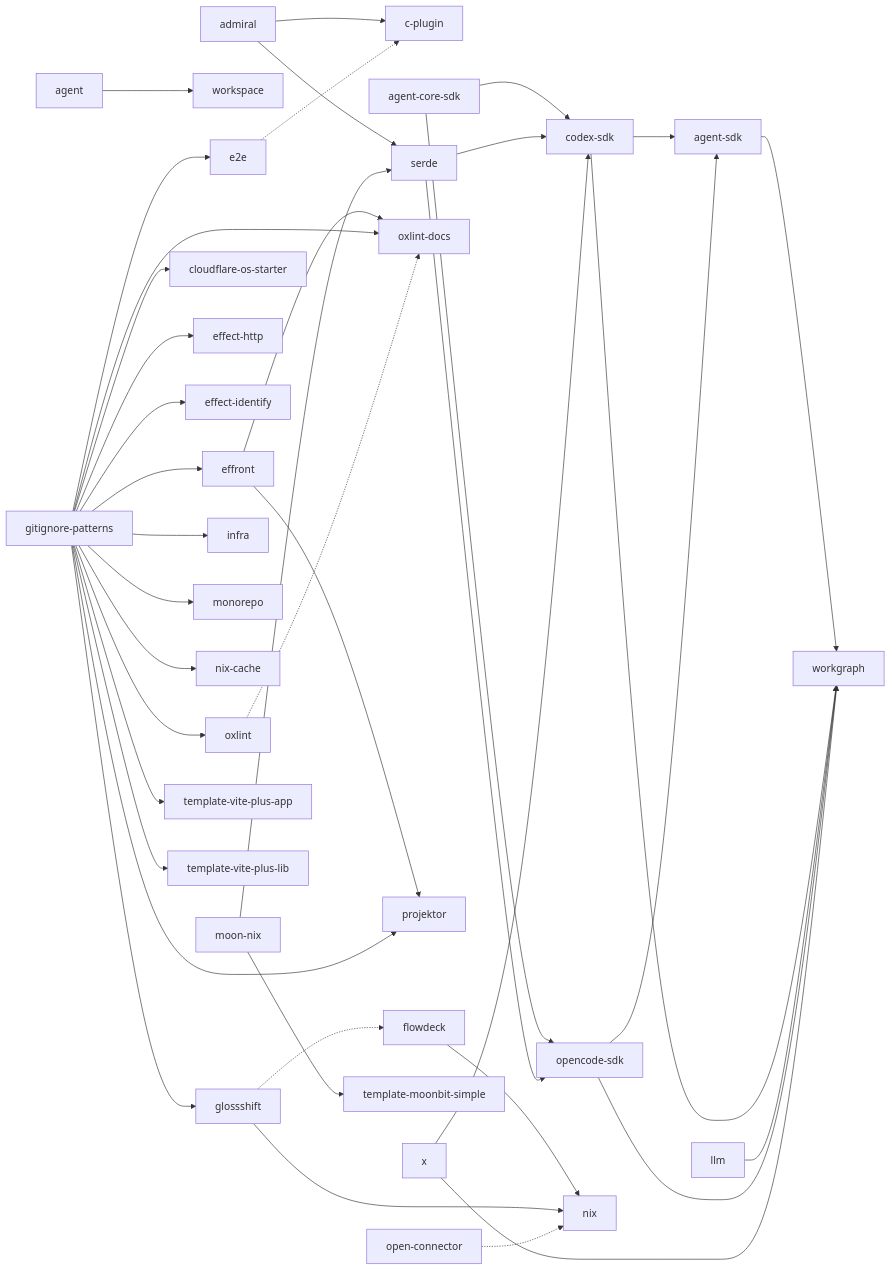
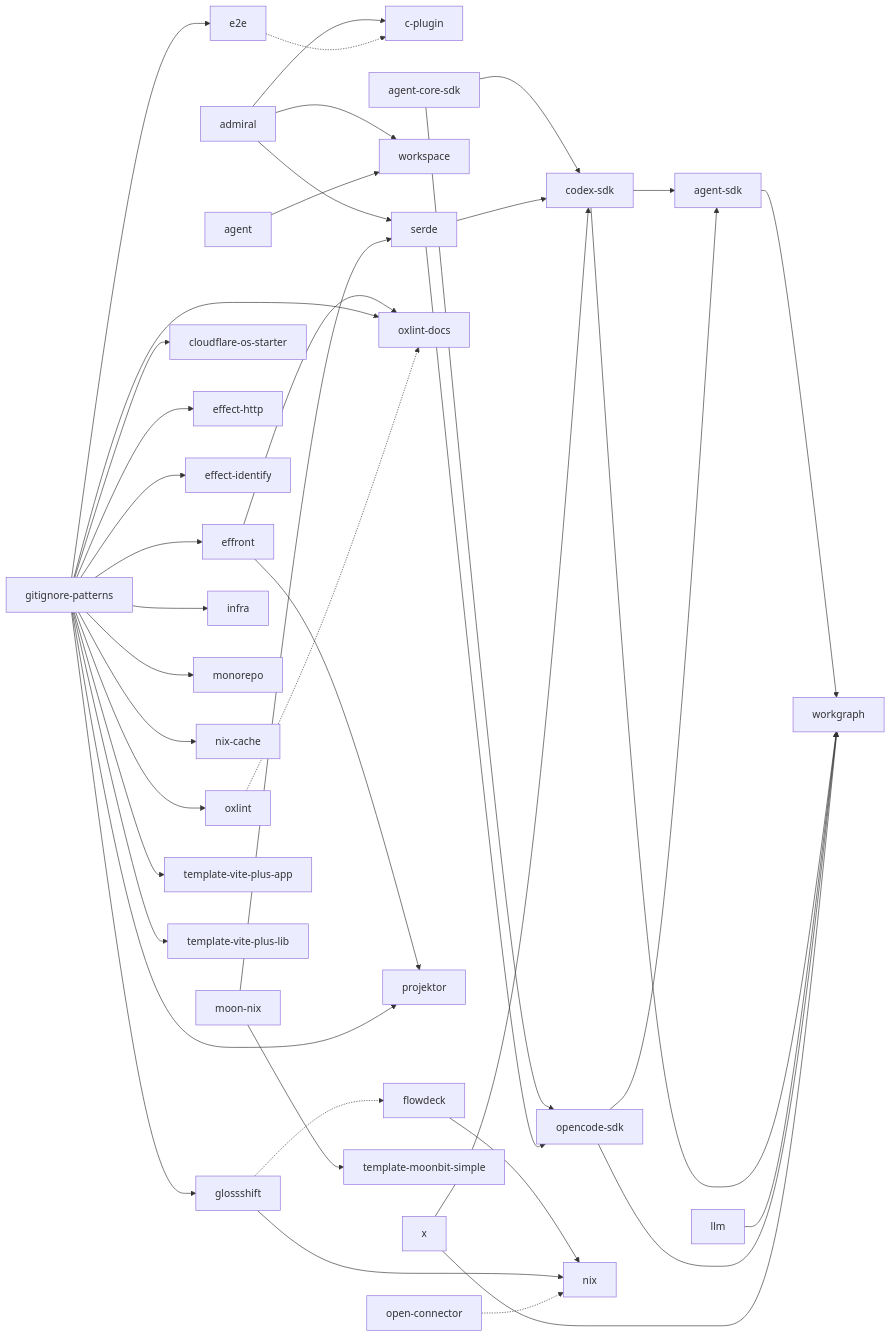
Before and after one commit to totto2727-org/workspace: the diagram in .agents/skills/workspace-dependencies/references/dependencies.md, drawn with Mermaid. The commit also changed other lines of this file and 6 other files, not shown here.

Commit message:
feat(workspace): use Admiral and document just repo commands

````diff
--- a/.agents/skills/workspace-dependencies/references/dependencies.md
+++ b/.agents/skills/workspace-dependencies/references/dependencies.md
@@ -9,42 +9,43 @@
 ```mermaid
 flowchart LR
     n13["admiral"] --> n16["c-plugin"]
     n13["admiral"] --> n11["serde"]
+    n13["admiral"] --> n25["workspace"]
     n8["agent"] --> n25["workspace"]
     n32["agent-core-sdk"] --> n21["codex-sdk"]
     n32["agent-core-sdk"] --> n31["opencode-sdk"]
     n20["agent-sdk"] --> n24["workgraph"]
     n21["codex-sdk"] --> n20["agent-sdk"]
     n21["codex-sdk"] --> n24["workgraph"]
     n1["e2e"] -.-> n16["c-plugin"]
     n14["effront"] --> n28["oxlint-docs"]
     n14["effront"] --> n23["projektor"]
     n17["flowdeck"] --> n4["nix"]
     n38["gitignore-patterns"] --> n41["cloudflare-os-starter"]
     n38["gitignore-patterns"] --> n1["e2e"]
     n38["gitignore-patterns"] --> n27["effect-http"]
     n38["gitignore-patterns"] --> n35["effect-identify"]
     n38["gitignore-patterns"] --> n14["effront"]
     n38["gitignore-patterns"] --> n26["glossshift"]
     n38["gitignore-patterns"] --> n9["infra"]
     n38["gitignore-patterns"] --> n18["monorepo"]
     n38["gitignore-patterns"] --> n22["nix-cache"]
     n38["gitignore-patterns"] --> n12["oxlint"]
     n38["gitignore-patterns"] --> n28["oxlint-docs"]
     n38["gitignore-patterns"] --> n23["projektor"]
     n38["gitignore-patterns"] --> n42["template-vite-plus-app"]
     n38["gitignore-patterns"] --> n43["template-vite-plus-lib"]
     n26["glossshift"] -.-> n17["flowdeck"]
     n26["glossshift"] --> n4["nix"]
     n3["llm"] --> n24["workgraph"]
     n19["moon-nix"] --> n11["serde"]
     n19["moon-nix"] --> n45["template-moonbit-simple"]
     n33["open-connector"] -.-> n4["nix"]
     n31["opencode-sdk"] --> n20["agent-sdk"]
     n31["opencode-sdk"] --> n24["workgraph"]
     n12["oxlint"] -.-> n28["oxlint-docs"]
     n11["serde"] --> n21["codex-sdk"]
     n11["serde"] --> n31["opencode-sdk"]
     n0["x"] --> n21["codex-sdk"]
     n0["x"] --> n24["workgraph"]
 ```
````
